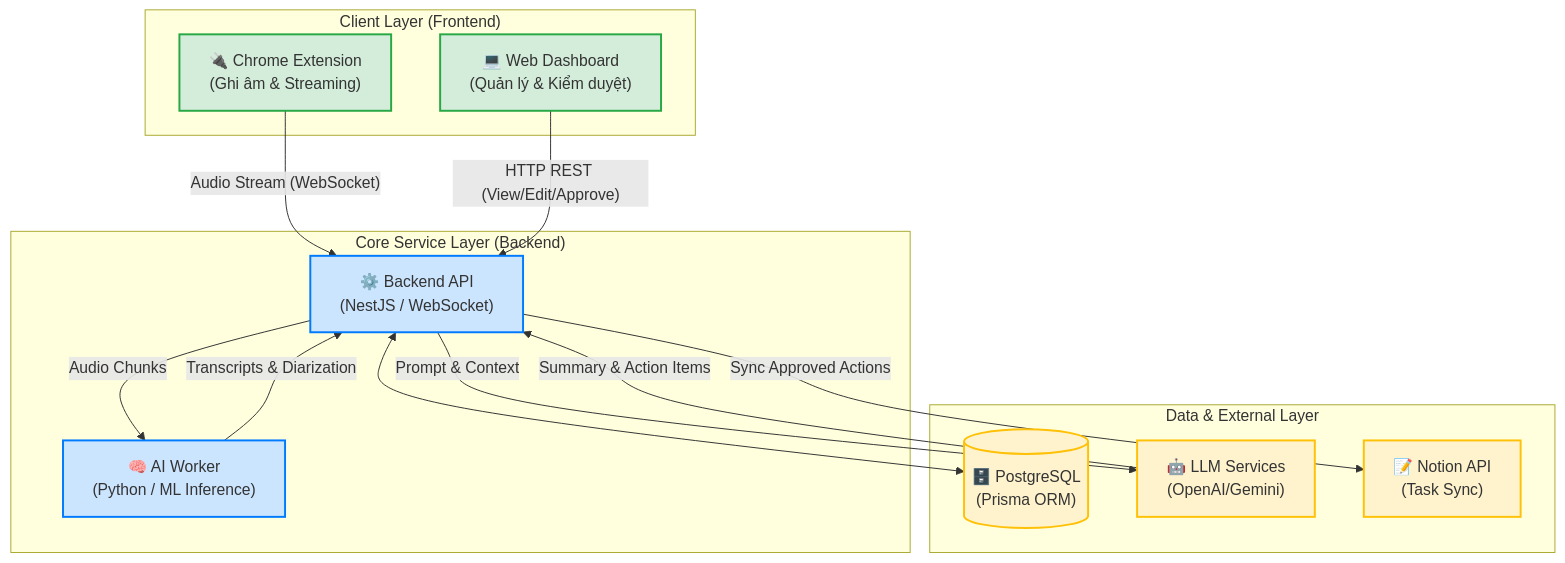
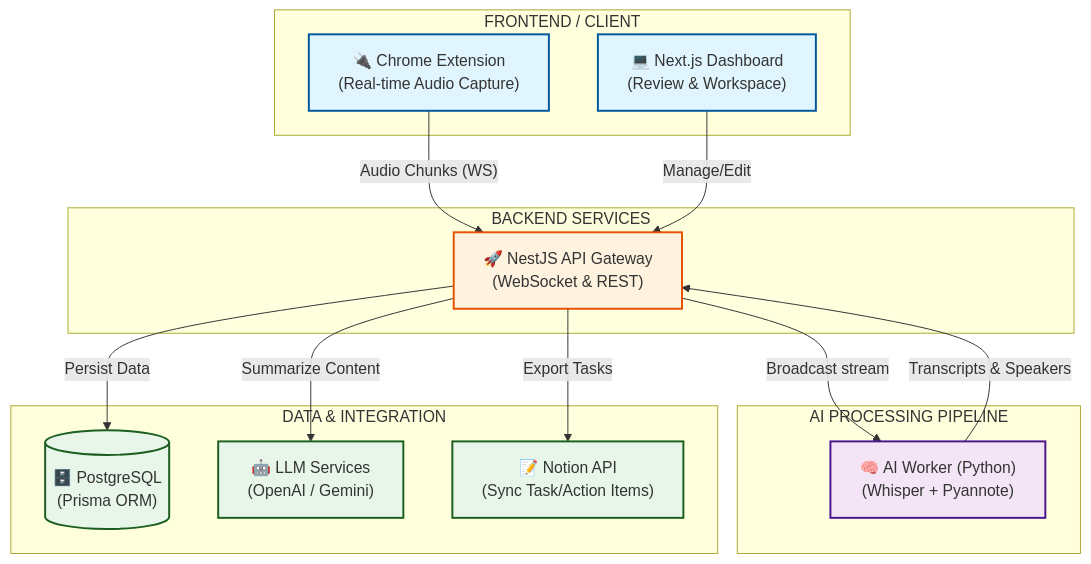
The diagram in MENTOR_REPORT.md (sondoannam/kapter-meeting), drawn with Mermaid before and after one commit. The commit also changed 2 other files, not shown here.

Commit message:
feat(project): :art: sync changes

````diff
--- a/MENTOR_REPORT.md
+++ b/MENTOR_REPORT.md
@@ -12,37 +12,44 @@
 ```mermaid
 graph TD
-    %% Định nghĩa các node
-    subgraph "Client Layer (Frontend)"
-        EXT["🔌 Chrome Extension<br/>(Ghi âm & Streaming)"]
-        WEB["💻 Web Dashboard<br/>(Quản lý & Kiểm duyệt)"]
+    %% Styling
+    classDef client fill:#e1f5fe,stroke:#01579b,stroke-width:2px;
+    classDef core fill:#fff3e0,stroke:#e65100,stroke-width:2px;
+    classDef ai fill:#f3e5f5,stroke:#4a148c,stroke-width:2px;
+    classDef data fill:#e8f5e9,stroke:#1b5e20,stroke-width:2px;
+
+    subgraph "FRONTEND / CLIENT"
+        EXT["🔌 Chrome Extension<br/>(Real-time Audio Capture)"]
+        WEB["💻 Next.js Dashboard<br/>(Review & Workspace)"]
     end
 
-    subgraph "Core Service Layer (Backend)"
-        API["⚙️ Backend API<br/>(NestJS / WebSocket)"]
-        AI["🧠 AI Worker<br/>(Python / ML Inference)"]
+    subgraph "BACKEND SERVICES"
+        API["🚀 NestJS API Gateway<br/>(WebSocket & REST)"]
     end
 
-    subgraph "Data & External Layer"
-        DB[("🗄️ PostgreSQL<br/>(Prisma ORM)")]
-        LLM["🤖 LLM Services<br/>(OpenAI/Gemini)"]
-        NOTION["📝 Notion API<br/>(Task Sync)"]
+    subgraph "AI PROCESSING PIPELINE"
+        WRK["🧠 AI Worker (Python)<br/>(Whisper + Pyannote)"]
     end
 
-    %% Định nghĩa luồng dữ liệu
-    EXT -- "Audio Stream (WebSocket)" --> API
-    WEB -- "HTTP REST (View/Edit/Approve)" --> API
-    API -- "Audio Chunks" --> AI
-    AI -- "Transcripts & Diarization" --> API
-    API -- "Prompt & Context" --> LLM
-    LLM -- "Summary & Action Items" --> API
-    API <--> DB
-    API -- "Sync Approved Actions" --> NOTION
+    subgraph "DATA & INTEGRATION"
+        DB[("🗄️ PostgreSQL<br/>(Prisma ORM)")]
+        LLM["🤖 LLM Services<br/>(OpenAI / Gemini)"]
+        NOTION["📝 Notion API<br/>(Sync Task/Action Items)"]
+    end
+
+    %% Connections
+    EXT -- "Audio Chunks (WS)" --> API
+    API -- "Broadcast stream" --> WRK
+    WRK -- "Transcripts & Speakers" --> API
     
-    classDef client fill:#d4edda,stroke:#28a745,stroke-width:2px;
-    classDef core fill:#cce5ff,stroke:#007bff,stroke-width:2px;
-    classDef external fill:#fff3cd,stroke:#ffc107,stroke-width:2px;
+    API -- "Persist Data" --> DB
+    WEB -- "Manage/Edit" --> API
     
+    API -- "Summarize Content" --> LLM
+    API -- "Export Tasks" --> NOTION
+
+    %% Apply Styles
     class EXT,WEB client;
-    class API,AI core;
-    class DB,LLM,NOTION external;
+    class API core;
+    class WRK ai;
+    class DB,LLM,NOTION data;
 ```
````
